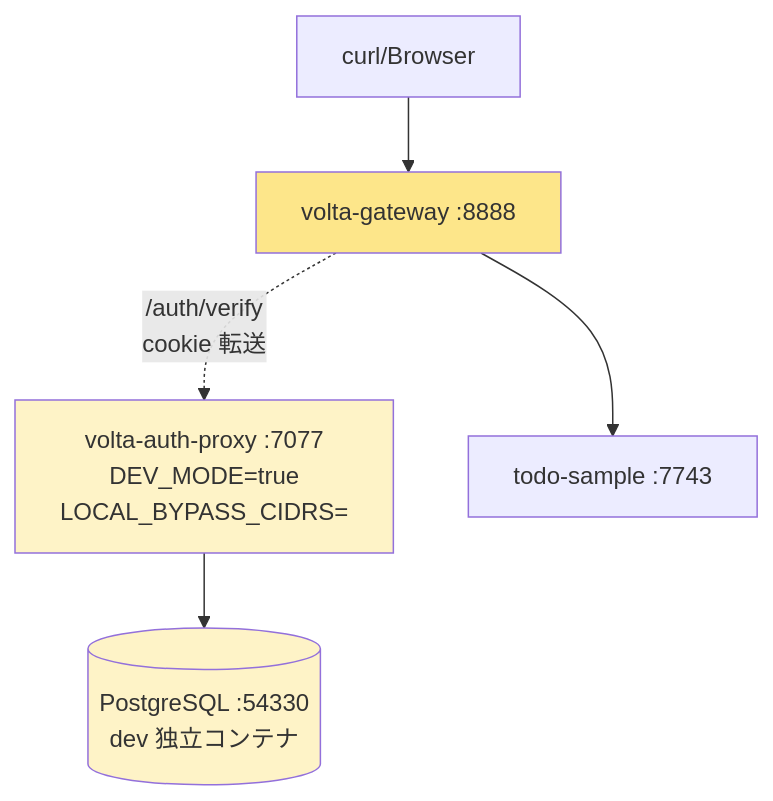
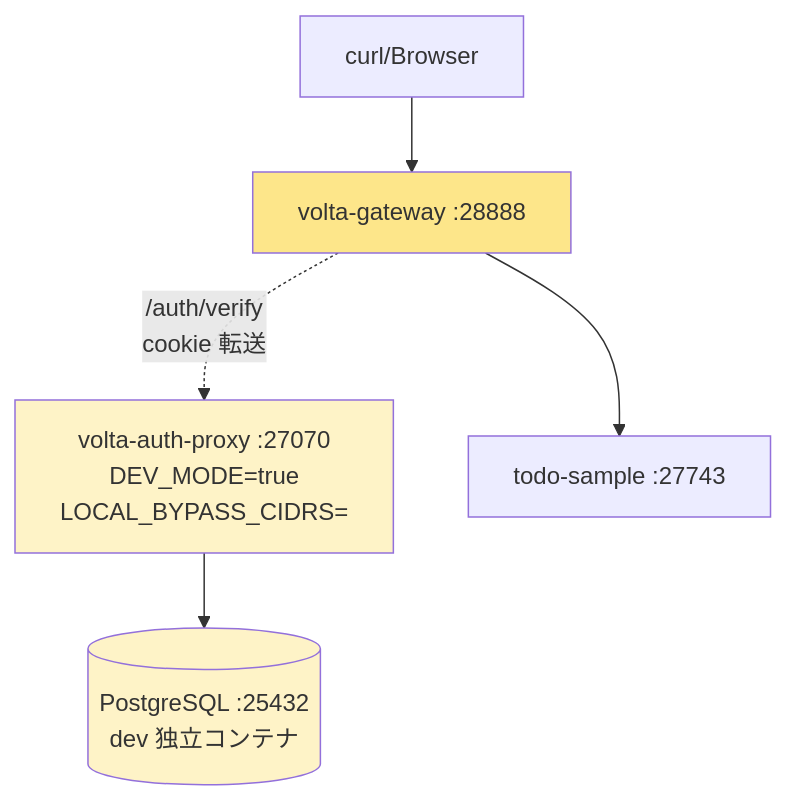
One commit to opaopa6969/auth-integration changed the second of 2 diagrams in 10-Part2はじめに.md. Above: the diagram before and after it, drawn with Mermaid. The commit also changed other lines of this file and 23 other files, not shown here.

````diff
--- a/10-Part2はじめに.md
+++ b/10-Part2はじめに.md
@@ -78,10 +78,10 @@
 ```mermaid
 flowchart TB
-    C[curl/Browser] --> GW[volta-gateway :8888]
-    GW -.->|/auth/verify<br/>cookie 転送| AP[volta-auth-proxy :7077<br/>DEV_MODE=true<br/>LOCAL_BYPASS_CIDRS=""]
-    GW --> APP[todo-sample :7743]
-    AP --> PG[(PostgreSQL :54330<br/>dev 独立コンテナ)]
+    C[curl/Browser] --> GW[volta-gateway :28888]
+    GW -.->|/auth/verify<br/>cookie 転送| AP[volta-auth-proxy :27070<br/>DEV_MODE=true<br/>LOCAL_BYPASS_CIDRS=""]
+    GW --> APP[todo-sample :27743]
+    AP --> PG[(PostgreSQL :25432<br/>dev 独立コンテナ)]
     style AP fill:#fef3c7
     style PG fill:#fef3c7
     style GW fill:#fde68a
 ```
````
